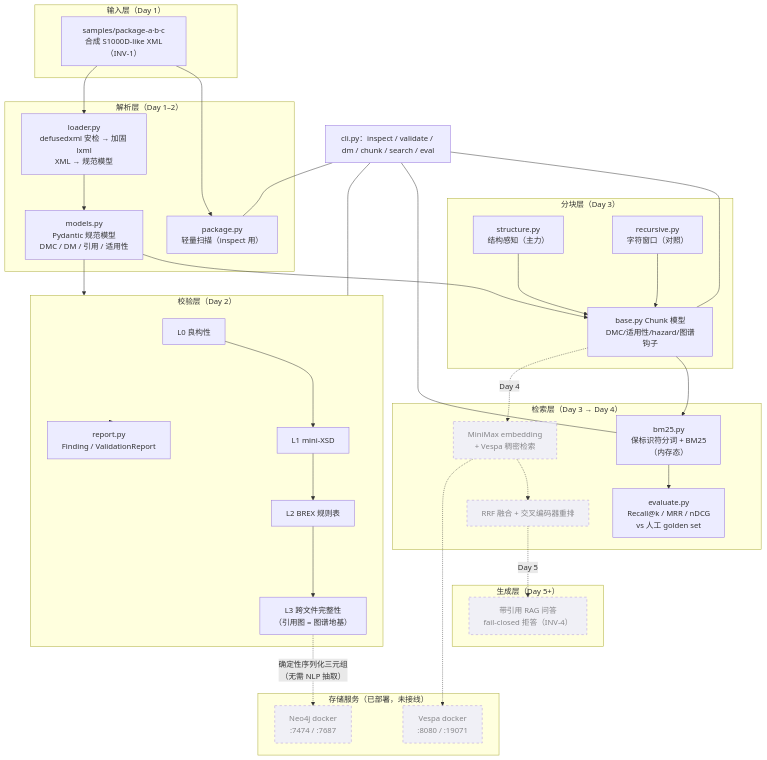
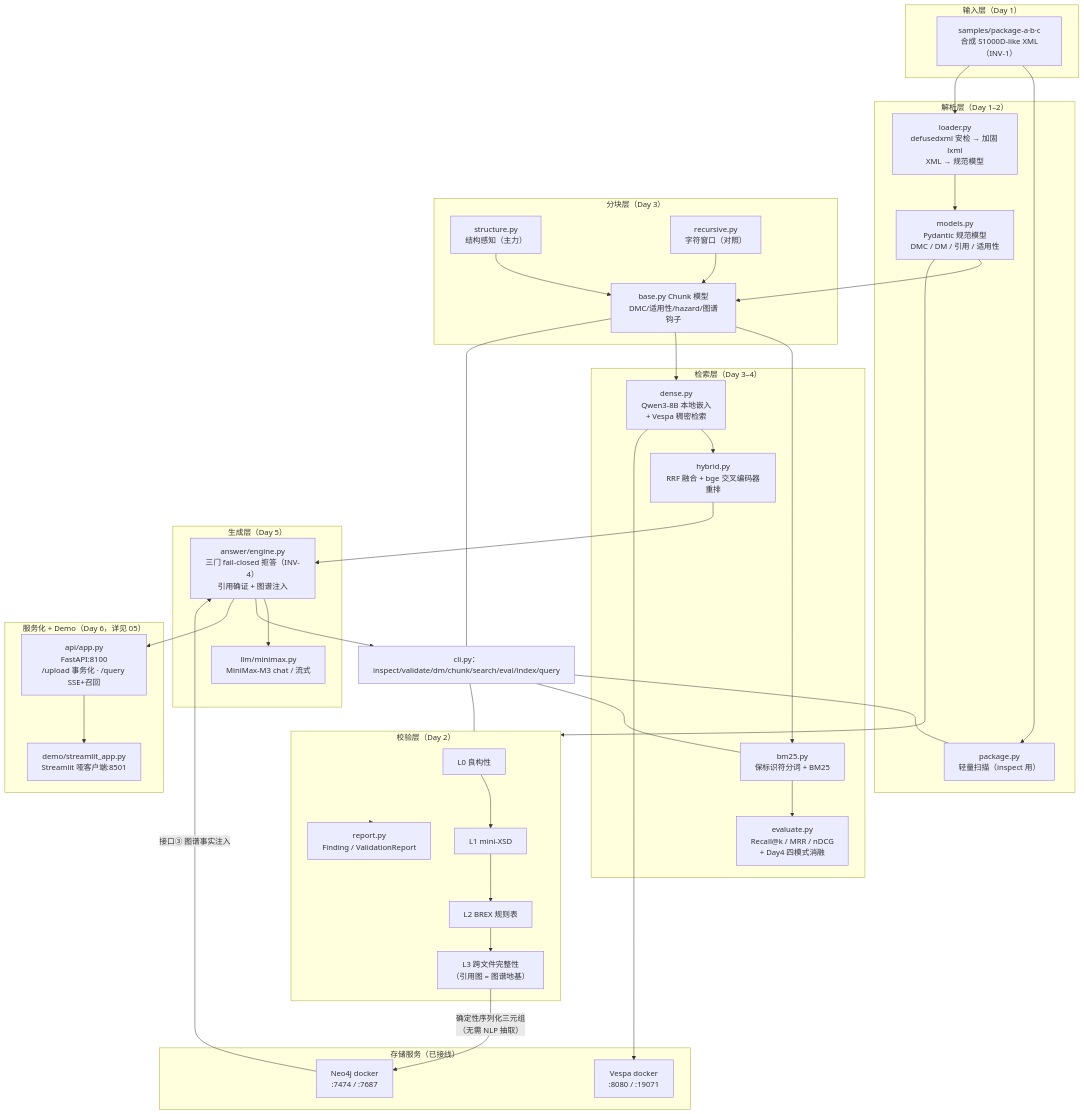
One commit to Osmond-Xin/LearnArken changed the first of 2 diagrams in docs/architecture/02-system-architecture.md. Above: the diagram before and after it, drawn with Mermaid. The commit also changed other lines of this file and 5 other files, not shown here.

First line of the commit message:
docs(architecture): refresh snapshot to Day 6

````diff
--- a/docs/architecture/02-system-architecture.md
+++ b/docs/architecture/02-system-architecture.md
@@ -8,60 +9,71 @@
 ```mermaid
 flowchart TB
     subgraph INPUT["输入层（Day 1）"]
         XML["samples/package-a·b·c<br/>合成 S1000D-like XML（INV-1）"]
     end
 
     subgraph PARSE["解析层（Day 1–2）"]
         SCAN["package.py<br/>轻量扫描（inspect 用）"]
         LOADER["loader.py<br/>defusedxml 安检 → 加固 lxml<br/>XML → 规范模型"]
         MODEL["models.py<br/>Pydantic 规范模型<br/>DMC / DM / 引用 / 适用性"]
     end
 
     subgraph VALID["校验层（Day 2）"]
         L0["L0 良构性"] --> L1["L1 mini-XSD"] --> L2["L2 BREX 规则表"] --> L3["L3 跨文件完整性<br/>（引用图 = 图谱地基）"]
         REPORT["report.py<br/>Finding / ValidationReport"]
     end
 
     subgraph CHUNK["分块层（Day 3）"]
         STRUCT["structure.py<br/>结构感知（主力）"]
         RECUR["recursive.py<br/>字符窗口（对照）"]
         CHUNKM["base.py Chunk 模型<br/>DMC/适用性/hazard/图谱钩子"]
     end
 
-    subgraph RETR["检索层（Day 3 → Day 4）"]
-        BM25["bm25.py<br/>保标识符分词 + BM25<br/>（内存态）"]
-        EVAL["evaluate.py<br/>Recall@k / MRR / nDCG<br/>vs 人工 golden set"]
-        DENSE["MiniMax embedding<br/>+ Vespa 稠密检索"]:::planned
-        FUSE["RRF 融合 + 交叉编码器重排"]:::planned
+    subgraph RETR["检索层（Day 3–4）"]
+        BM25["bm25.py<br/>保标识符分词 + BM25"]
+        EVAL["evaluate.py<br/>Recall@k / MRR / nDCG<br/>+ Day4 四模式消融"]
+        DENSE["dense.py<br/>Qwen3-8B 本地嵌入<br/>+ Vespa 稠密检索"]
+        FUSE["hybrid.py<br/>RRF 融合 + bge 交叉编码器重排"]
     end
 
-    subgraph STORE["存储服务（已部署，未接线）"]
-        VESPA["Vespa docker<br/>:8080 / :19071"]:::planned
-        NEO["Neo4j docker<br/>:7474 / :7687"]:::planned
+    subgraph STORE["存储服务（已接线）"]
+        VESPA["Vespa docker<br/>:8080 / :19071"]
+        NEO["Neo4j docker<br/>:7474 / :7687"]
     end
 
-    subgraph FUTURE["生成层（Day 5+）"]
-        RAG["带引用 RAG 问答<br/>fail-closed 拒答（INV-4）"]:::planned
+    subgraph GEN["生成层（Day 5）"]
+        ANS["answer/engine.py<br/>三门 fail-closed 拒答（INV-4）<br/>引用确证 + 图谱注入"]
+        M3["llm/minimax.py<br/>MiniMax-M3 chat / 流式"]
     end
 
-    CLI["cli.py：inspect / validate / dm / chunk / search / eval"]
+    subgraph SERVE["服务化 + Demo（Day 6，详见 05）"]
+        API["api/app.py<br/>FastAPI:8100<br/>/upload 事务化 · /query SSE+召回"]
+        FE["demo/streamlit_app.py<br/>Streamlit 哑客户端:8501"]
+    end
+
+    CLI["cli.py：inspect/validate/dm/chunk/search/eval/index/query"]
 
     XML --> SCAN
     XML --> LOADER --> MODEL
     MODEL --> VALID
     VALID --> REPORT
     MODEL --> CHUNKM
     STRUCT --> CHUNKM
     RECUR --> CHUNKM
     CHUNKM --> BM25 --> EVAL
-    CHUNKM -.->|Day 4| DENSE -.-> FUSE
-    DENSE -.-> VESPA
-    L3 -.->|"确定性序列化三元组<br/>（无需 NLP 抽取）"| NEO
-    FUSE -.->|Day 5| RAG
+    CHUNKM --> DENSE --> FUSE
+    DENSE --> VESPA
+    L3 -->|"确定性序列化三元组<br/>（无需 NLP 抽取）"| NEO
+    FUSE --> ANS
+    NEO -->|"接口③ 图谱事实注入"| ANS
+    ANS --> M3
+    ANS --> CLI
+    ANS --> API
+    API --> FE
     CLI --- SCAN
     CLI --- VALID
     CLI --- CHUNKM
     CLI --- BM25
 
     classDef planned stroke-dasharray: 5 5,opacity:0.75;
 ```
````
